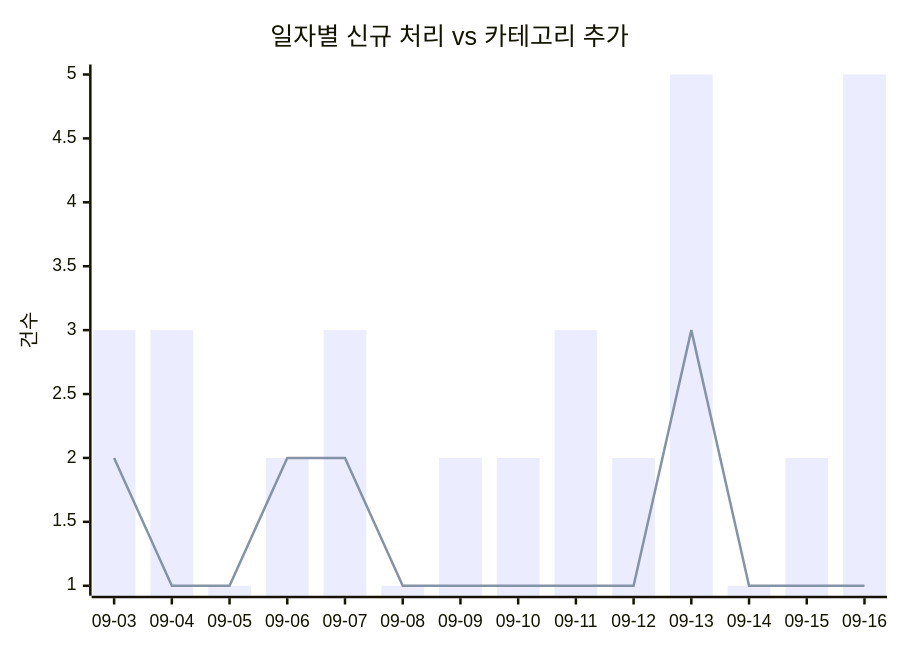
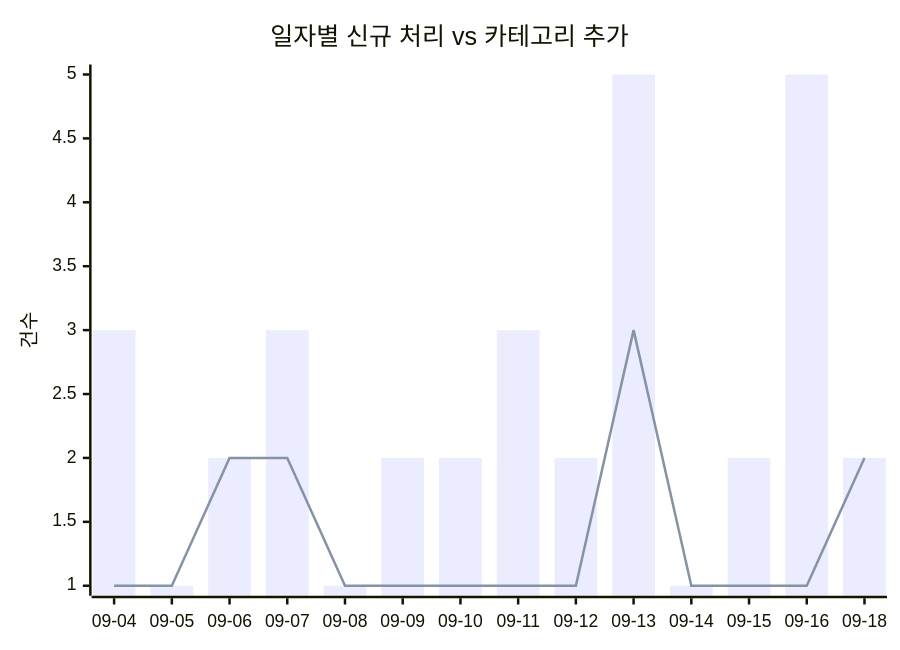
The first of 2 diagrams in docs/trends.md (J-nowcow/awesome-korean-agent-skills), drawn with Mermaid before and after one commit. The commit also changed other lines of this file and 5 other files, not shown here.

````diff
--- a/docs/trends.md
+++ b/docs/trends.md
@@ -32,8 +32,8 @@
 ```mermaid
 xychart-beta
     title "일자별 신규 처리 vs 카테고리 추가"
-    x-axis ["09-03","09-04","09-05","09-06","09-07","09-08","09-09","09-10","09-11","09-12","09-13","09-14","09-15","09-16"]
+    x-axis ["09-04","09-05","09-06","09-07","09-08","09-09","09-10","09-11","09-12","09-13","09-14","09-15","09-16","09-18"]
     y-axis "건수"
-    bar [3,3,1,2,3,1,2,2,3,2,5,1,2,5]
-    line [2,1,1,2,2,1,1,1,1,1,3,1,1,1]
+    bar [3,1,2,3,1,2,2,3,2,5,1,2,5,2]
+    line [1,1,2,2,1,1,1,1,1,3,1,1,1,2]
 ```
````
